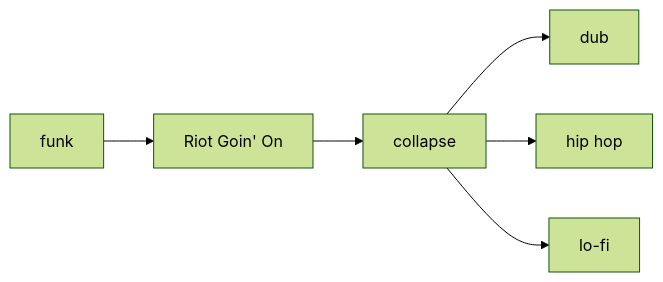
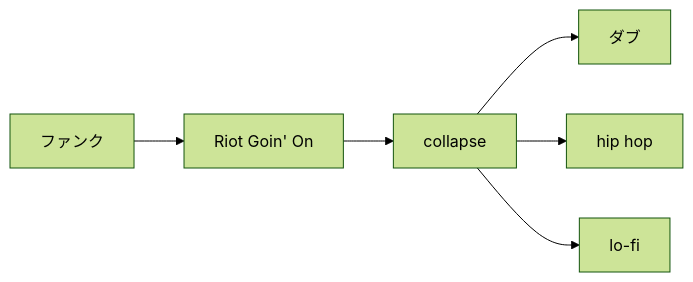
One commit to monumental-movement/monumental-movement.github.io changed the seventh of 7 diagrams in en/_posts/2026-07-03-column-influential-album-06.md. Above: the diagram before and after it, drawn with Mermaid (forest theme). The commit also changed other lines of this file and 2196 other files, not shown here.

```diff
--- a/en/_posts/2026-07-03-column-influential-album-06.md
+++ b/en/_posts/2026-07-03-column-influential-album-06.md
@@ -955,16 +955,16 @@
 <div class="mermaid">
 flowchart LR
-A[funk]
+A[ファンク]
 B[collapse]
-C[dub]
+C[ダブ]
 D[hip hop]
 E[lo-fi]
 F[Riot Goin' On]
 
 A --> F
 F --> B
 B --> C
 B --> D
 B --> E
 
 </div>
```
